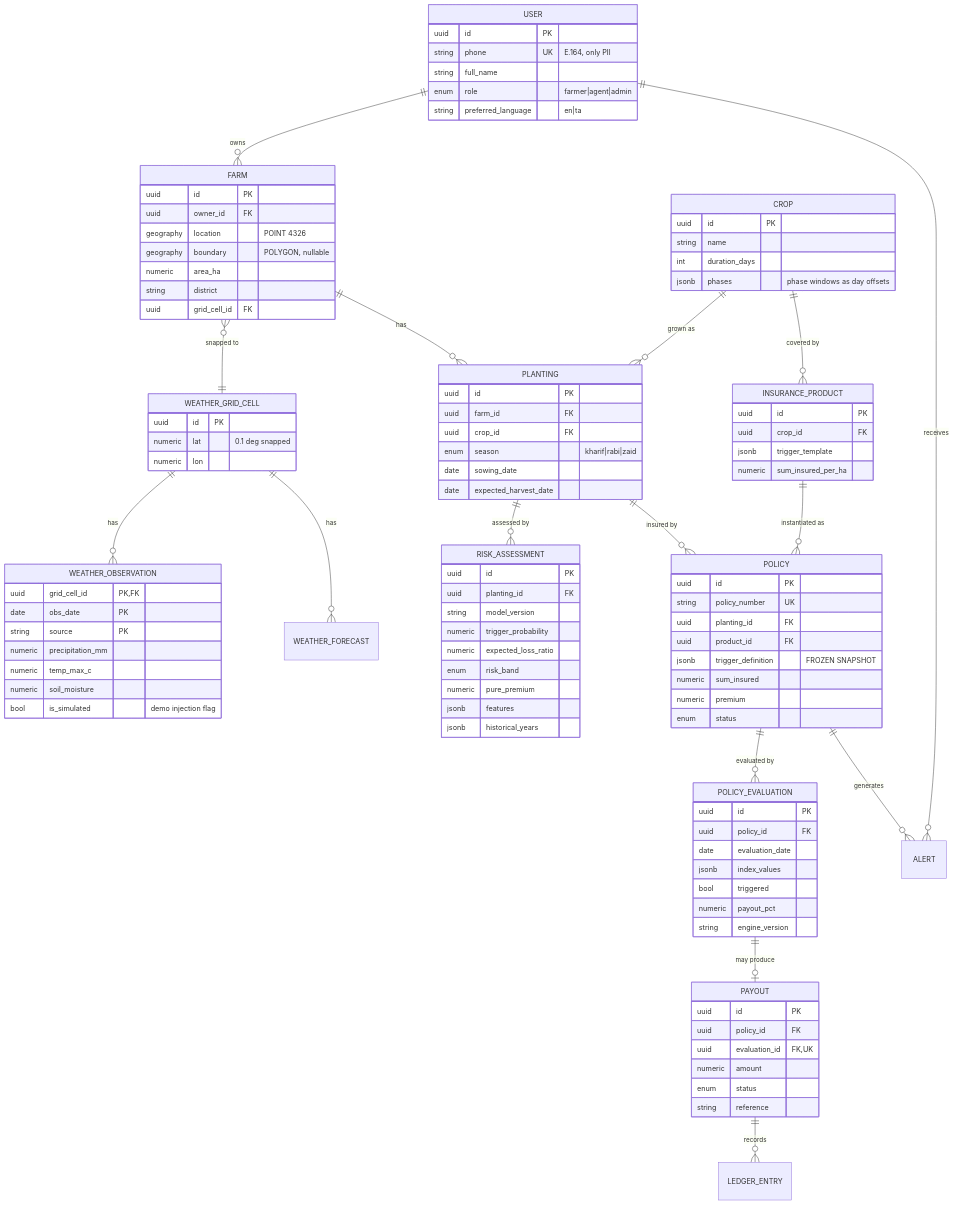
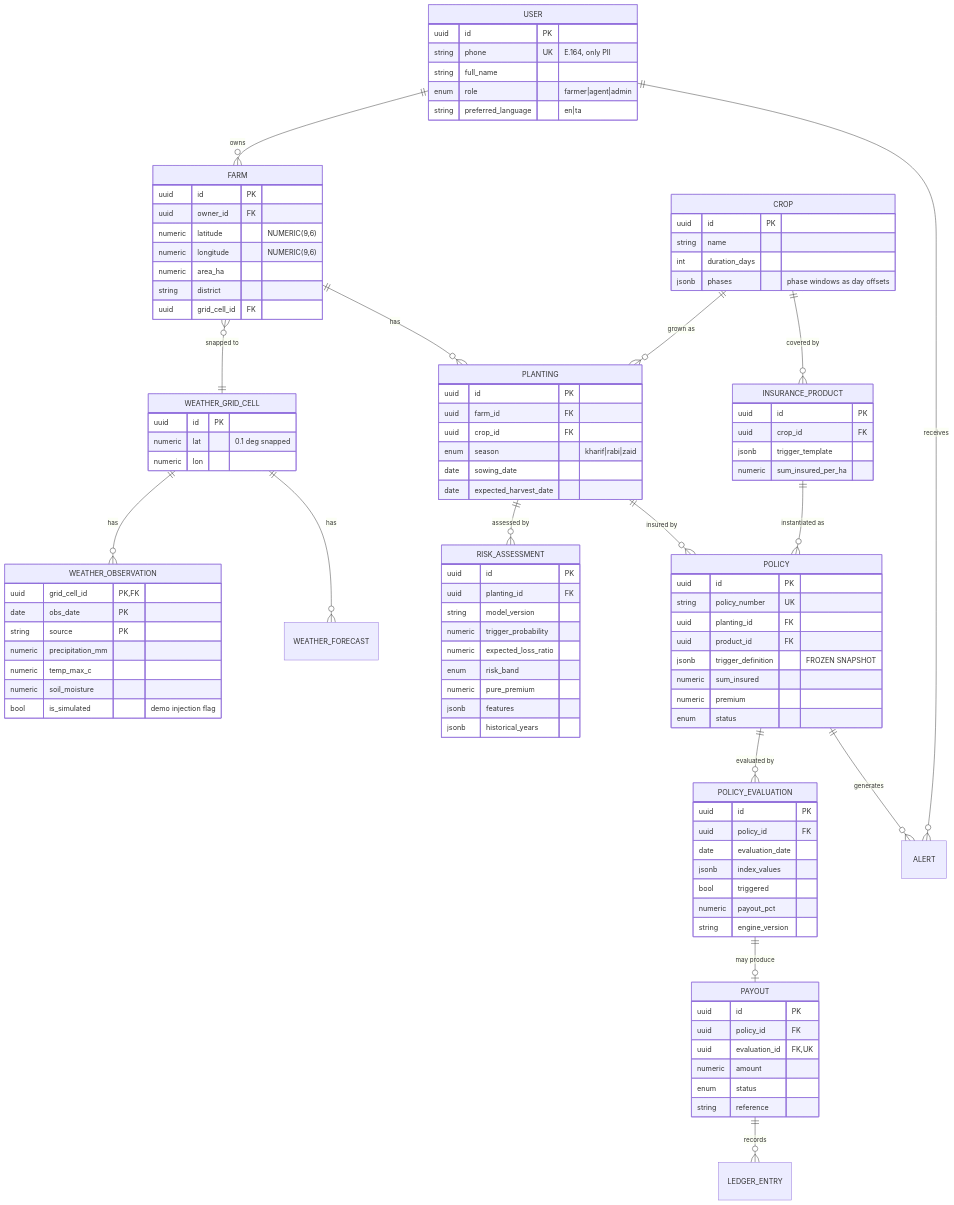
Before and after one commit to AkhileshSelvan/climate-shield: the diagram in docs/03-data-model.md, drawn with Mermaid. The commit also changed other lines of this file and 8 other files, not shown here.

```diff
--- a/docs/03-data-model.md
+++ b/docs/03-data-model.md
@@ -33,8 +40,8 @@
     FARM {
         uuid id PK
         uuid owner_id FK
-        geography location "POINT 4326"
-        geography boundary "POLYGON, nullable"
+        numeric latitude "NUMERIC(9,6)"
+        numeric longitude "NUMERIC(9,6)"
         numeric area_ha
         string district
         uuid grid_cell_id FK
```
